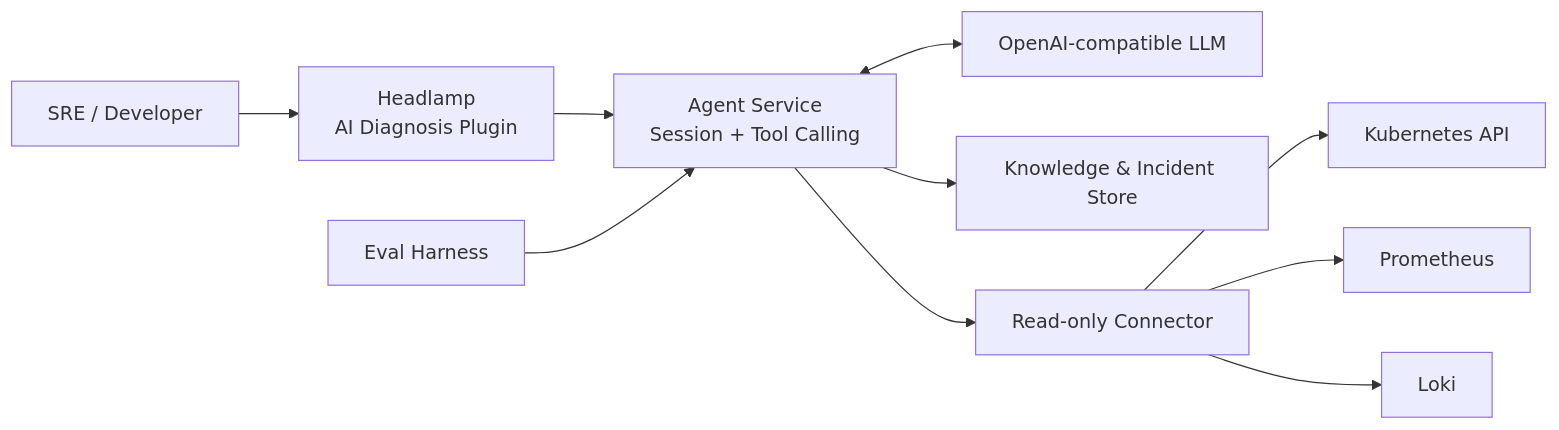
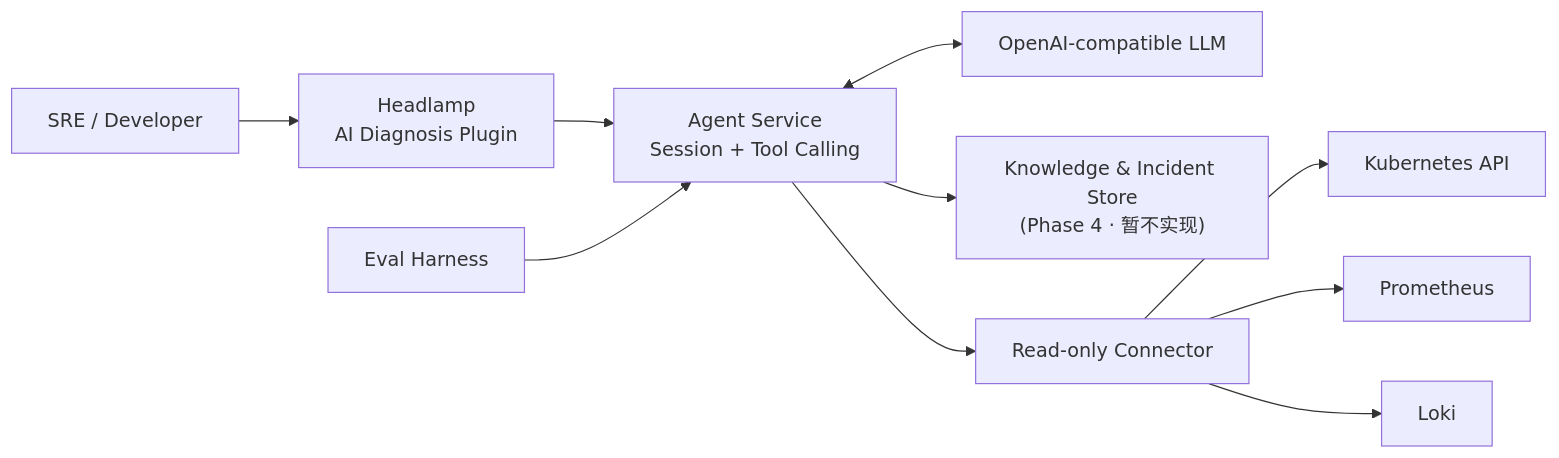
The diagram in README.md (luochangbin/k8sPilot), drawn with Mermaid before and after one commit. The commit also changed other lines of this file and 1 other file, not shown here.

First line of the commit message:
docs: 更新路线图状态（Phase 4 暂不实现、Phase 5 实现中）

````diff
--- a/README.md
+++ b/README.md
@@ -37,12 +37,12 @@
 ```mermaid
 flowchart LR
     User["SRE / Developer"] --> Headlamp["Headlamp<br/>AI Diagnosis Plugin"]
     Headlamp --> Agent["Agent Service<br/>Session + Tool Calling"]
     Agent <--> LLM["OpenAI-compatible LLM"]
-    Agent --> Knowledge["Knowledge & Incident Store"]
+    Agent --> Knowledge["Knowledge & Incident Store<br/>(Phase 4 · 暂不实现)"]
     Agent --> Connector["Read-only Connector"]
     Connector --> K8s["Kubernetes API"]
     Connector --> Prometheus["Prometheus"]
     Connector --> Loki["Loki"]
     Eval["Eval Harness"] --> Agent
 ```
````
